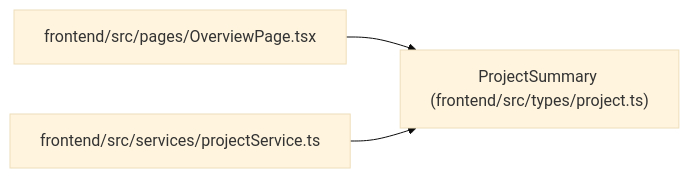
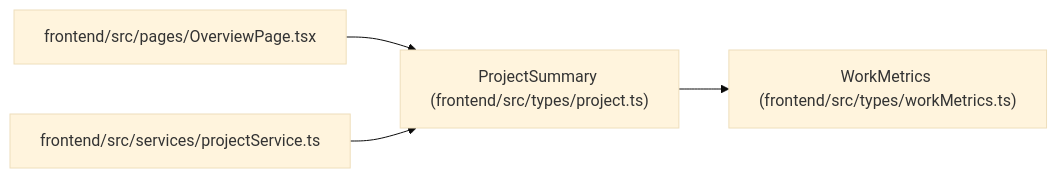
Before and after one commit to Denissvgn/WorkChord: the diagram in docs/llm_wiki/entities/types_project_ProjectSummary.md, drawn with Mermaid (base theme). The commit also changed other lines of this file and 958 other files, not shown here.

First line of the commit message:
docs(wiki): refresh identity and recovery architecture

````diff
--- a/docs/llm_wiki/entities/types_project_ProjectSummary.md
+++ b/docs/llm_wiki/entities/types_project_ProjectSummary.md
@@ -59,11 +59,14 @@
 ```mermaid
 flowchart LR
     n0["ProjectSummary (frontend/src/types/project.ts)"]
-    n1["frontend/src/pages/OverviewPage.tsx"]
-    n2["frontend/src/services/projectService.ts"]
-    n1 --> n0
+    n1["WorkMetrics (frontend/src/types/workMetrics.ts)"]
+    n2["frontend/src/pages/OverviewPage.tsx"]
+    n3["frontend/src/services/projectService.ts"]
+    n0 --> n1
     n2 --> n0
+    n3 --> n0
     click n0 "../modules/types_project.md"
-    click n1 "../modules/OverviewPage.md"
-    click n2 "../modules/projectService.md"
+    click n1 "../modules/workMetrics.md"
+    click n2 "../modules/OverviewPage.md"
+    click n3 "../modules/projectService.md"
 ```
````
